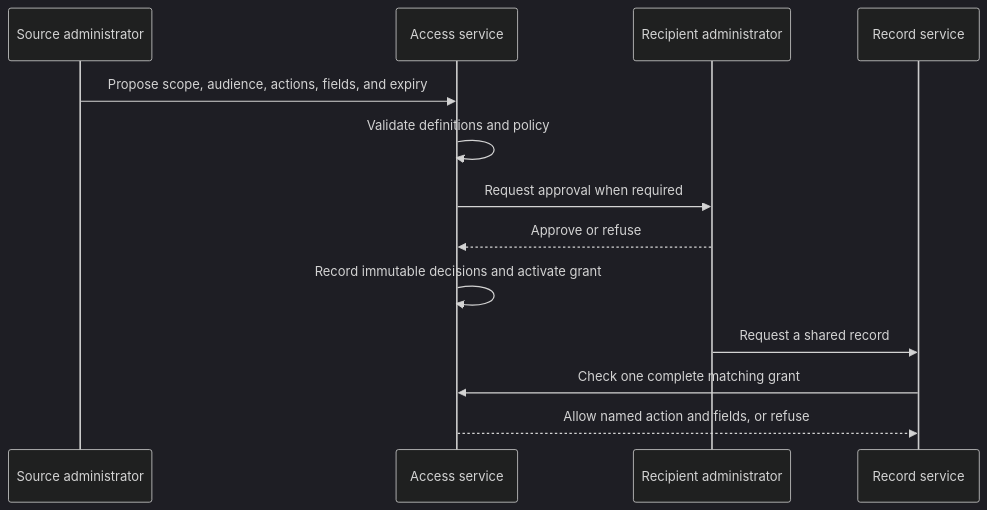
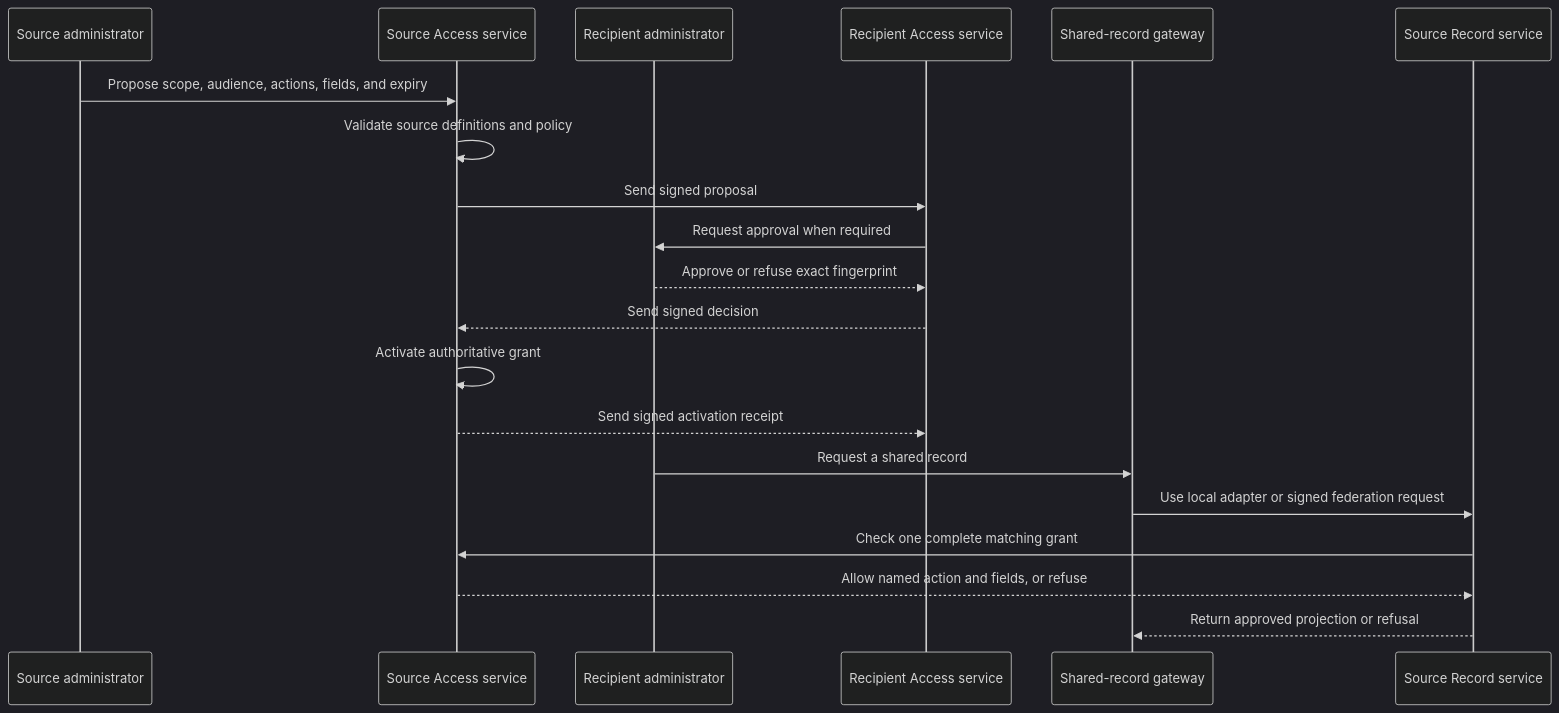
The second of 2 diagrams in docs/specification/16-copying-sharing-import-export.md (Abzum-NZ/Abzum-Vortex), drawn with Mermaid (dark theme) before and after one commit. The commit also changed other lines of this file and 21 other files, not shown here.

````diff
--- a/docs/specification/16-copying-sharing-import-export.md
+++ b/docs/specification/16-copying-sharing-import-export.md
@@ -65,15 +67,22 @@
 ```mermaid
 sequenceDiagram
     participant Source as Source administrator
-    participant Access as Access service
+    participant SourceAccess as Source Access service
     participant Recipient as Recipient administrator
-    participant Record as Record service
-    Source->>Access: Propose scope, audience, actions, fields, and expiry
-    Access->>Access: Validate definitions and policy
-    Access->>Recipient: Request approval when required
-    Recipient-->>Access: Approve or refuse
-    Access->>Access: Record immutable decisions and activate grant
-    Recipient->>Record: Request a shared record
-    Record->>Access: Check one complete matching grant
-    Access-->>Record: Allow named action and fields, or refuse
+    participant RecipientAccess as Recipient Access service
+    participant Gateway as Shared-record gateway
+    participant Record as Source Record service
+    Source->>SourceAccess: Propose scope, audience, actions, fields, and expiry
+    SourceAccess->>SourceAccess: Validate source definitions and policy
+    SourceAccess->>RecipientAccess: Send signed proposal
+    RecipientAccess->>Recipient: Request approval when required
+    Recipient-->>RecipientAccess: Approve or refuse exact fingerprint
+    RecipientAccess-->>SourceAccess: Send signed decision
+    SourceAccess->>SourceAccess: Activate authoritative grant
+    SourceAccess-->>RecipientAccess: Send signed activation receipt
+    Recipient->>Gateway: Request a shared record
+    Gateway->>Record: Use local adapter or signed federation request
+    Record->>SourceAccess: Check one complete matching grant
+    SourceAccess-->>Record: Allow named action and fields, or refuse
+    Record-->>Gateway: Return approved projection or refusal
 ```
````
